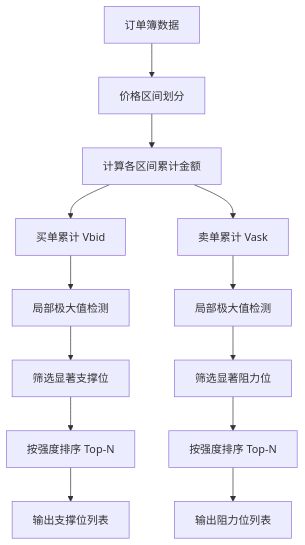
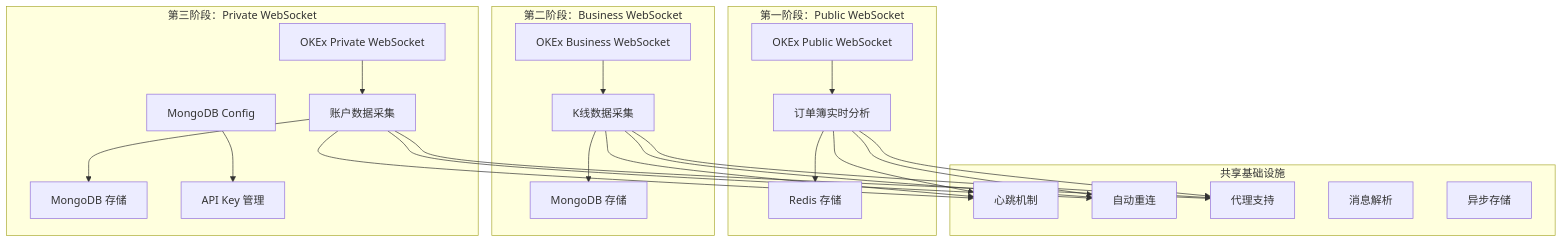
One commit to bidepideyipi/okex-books-buddy changed the first of 2 diagrams in PRD.md. Above: the diagram before and after it, drawn with Mermaid. The commit also changed other lines of this file and 3 other files, not shown here.

````diff
--- a/PRD.md
+++ b/PRD.md
@@ -136,15 +162,38 @@
 ```mermaid
 graph TB
-    A[订单簿数据] --> B[价格区间划分]
-    B --> C[计算各区间累计金额]
-    C --> D[买单累计 Vbid]
-    C --> E[卖单累计 Vask]
-    D --> F[局部极大值检测]
-    E --> G[局部极大值检测]
-    F --> H[筛选显著支撑位]
-    G --> I[筛选显著阻力位]
-    H --> J[按强度排序 Top-N]
-    I --> K[按强度排序 Top-N]
-    J --> L[输出支撑位列表]
-    K --> M[输出阻力位列表]
+    subgraph "第一阶段：Public WebSocket"
+        A1[OKEx Public WebSocket] --> B1[订单簿实时分析]
+        B1 --> C1[Redis 存储]
+    end
+    
+    subgraph "第二阶段：Business WebSocket"
+        A2[OKEx Business WebSocket] --> B2[K线数据采集]
+        B2 --> C2[MongoDB 存储]
+    end
+    
+    subgraph "第三阶段：Private WebSocket"
+        A3[OKEx Private WebSocket] --> B3[账户数据采集]
+        B3 --> C3[MongoDB 存储]
+        D3[MongoDB Config] --> E3[API Key 管理]
+    end
+    
+    subgraph "共享基础设施"
+        F1[心跳机制]
+        F2[自动重连]
+        F3[代理支持]
+        F4[消息解析]
+        F5[异步存储]
+    end
+    
+    B1 --> F1
+    B2 --> F1
+    B3 --> F1
+    
+    B1 --> F2
+    B2 --> F2
+    B3 --> F2
+    
+    B1 --> F3
+    B2 --> F3
+    B3 --> F3
 ```
````
